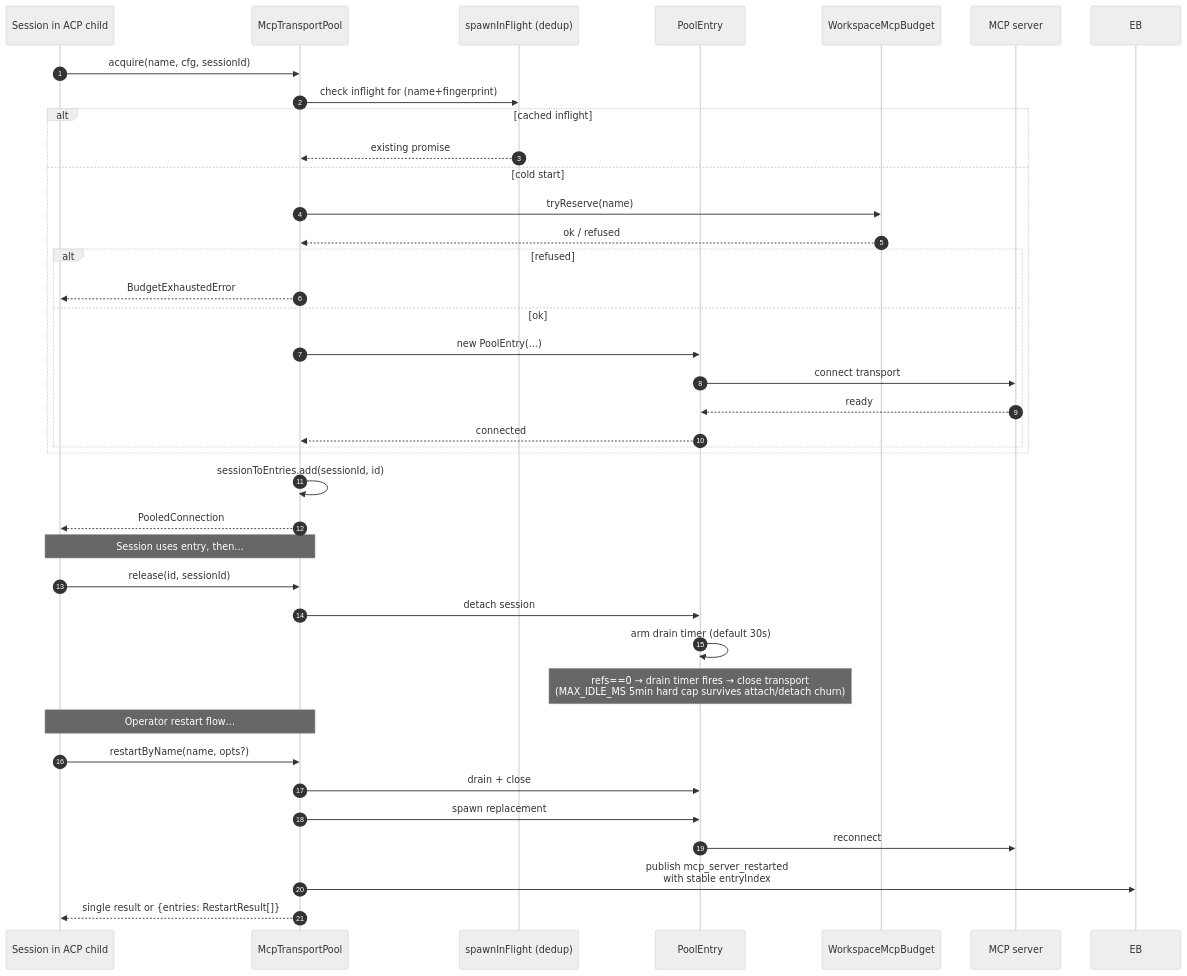
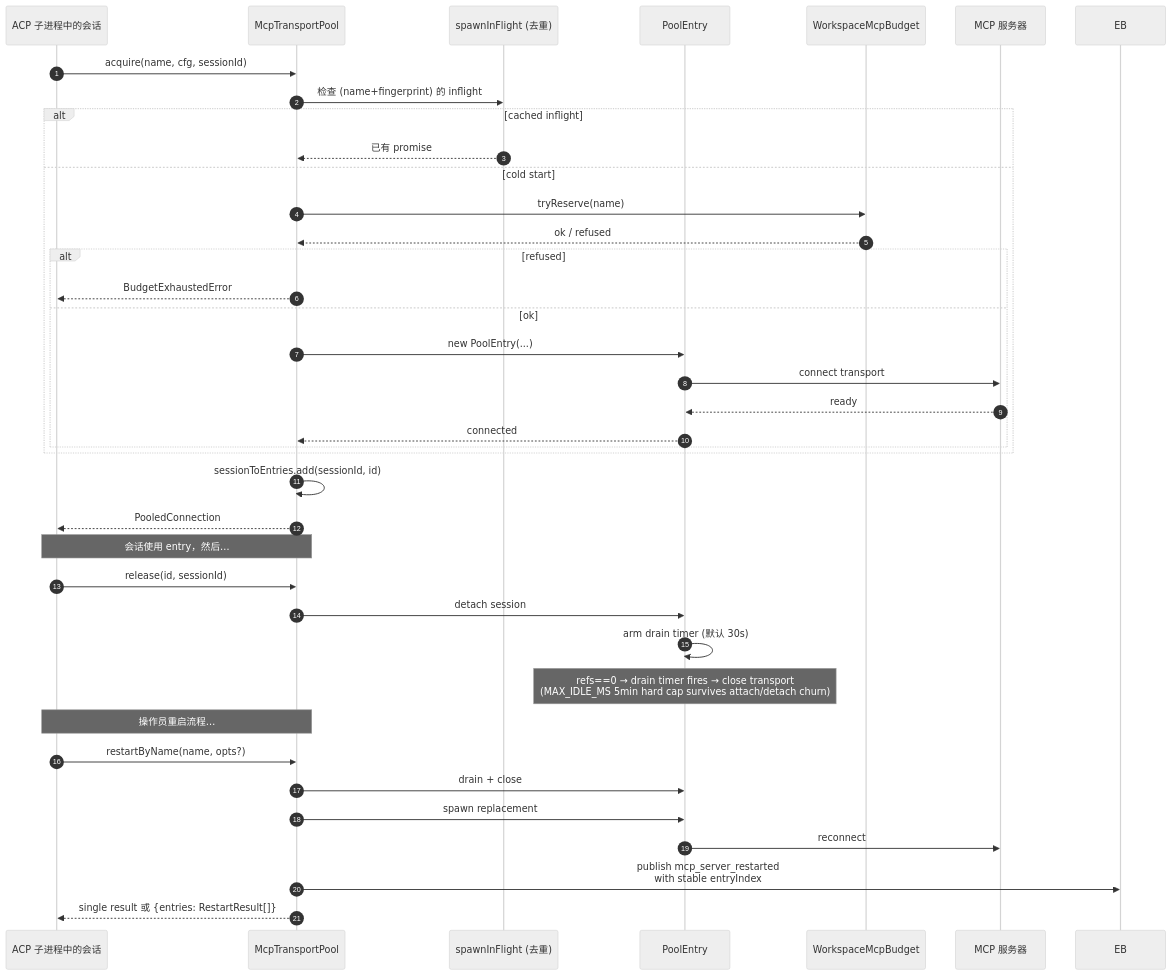
Before and after one commit to QwenLM/qwen-code-docs: the sixth of 7 diagrams in website/content/zh/developers/daemon/01-architecture.md, drawn with Mermaid (neutral theme). The commit also changed other lines of this file and 1077 other files, not shown here.

````diff
--- a/website/content/zh/developers/daemon/01-architecture.md
+++ b/website/content/zh/developers/daemon/01-architecture.md
@@ -248,44 +248,44 @@
 ```mermaid
 sequenceDiagram
     autonumber
-    participant S as Session in ACP child
+    participant S as ACP 子进程中的会话
     participant P as McpTransportPool
-    participant SIF as spawnInFlight (dedup)
+    participant SIF as spawnInFlight (去重)
     participant E as PoolEntry
     participant BDG as WorkspaceMcpBudget
-    participant SRV as MCP server
+    participant SRV as MCP 服务器
 
     S->>P: acquire(name, cfg, sessionId)
-    P->>SIF: check inflight for (name+fingerprint)
+    P->>SIF: 检查 (name+fingerprint) 的 inflight
     alt cached inflight
-        SIF-->>P: existing promise
+        SIF-->>P: 已有 promise
     else cold start
         P->>BDG: tryReserve(name)
         BDG-->>P: ok / refused
         alt refused
             P-->>S: BudgetExhaustedError
         else ok
             P->>E: new PoolEntry(...)
             E->>SRV: connect transport
             SRV-->>E: ready
             E-->>P: connected
         end
     end
     P->>P: sessionToEntries.add(sessionId, id)
     P-->>S: PooledConnection
 
-    Note over S,P: Session uses entry, then…
+    Note over S,P: 会话使用 entry，然后…
 
     S->>P: release(id, sessionId)
     P->>E: detach session
-    E->>E: arm drain timer (default 30s)
+    E->>E: arm drain timer (默认 30s)
     Note over E: refs==0 → drain timer fires → close transport<br/>(MAX_IDLE_MS 5min hard cap survives attach/detach churn)
 
-    Note over S,P: Operator restart flow…
+    Note over S,P: 操作员重启流程…
     S->>P: restartByName(name, opts?)
     P->>E: drain + close
     P->>E: spawn replacement
     E->>SRV: reconnect
     P->>EB: publish mcp_server_restarted<br/>with stable entryIndex
-    P-->>S: single result or {entries: RestartResult[]}
+    P-->>S: single result 或 {entries: RestartResult[]}
 ```
````
